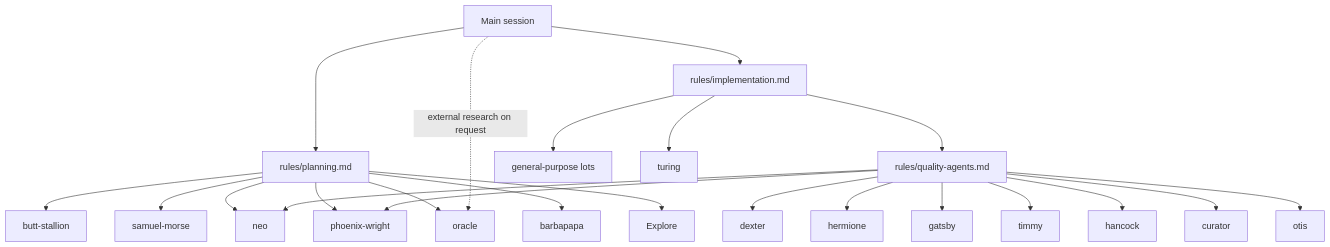
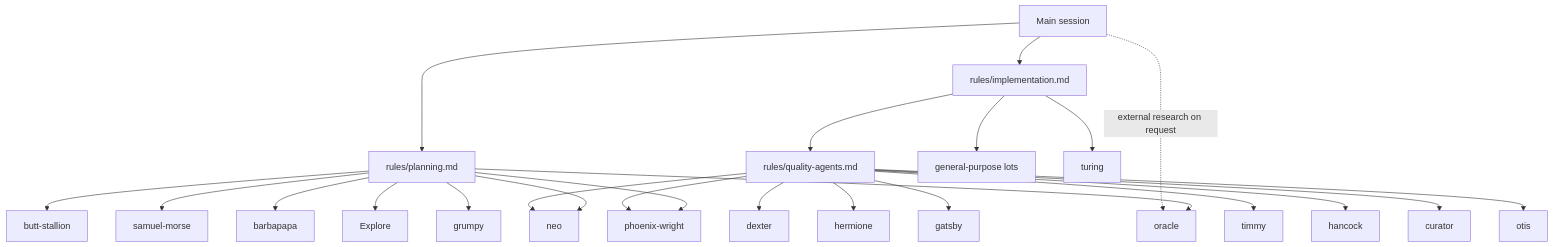
One commit to ThibaultAuge/myAgents changed the first of 2 diagrams in README.md. Above: the diagram before and after it, drawn with Mermaid. The commit also changed other lines of this file and 6 other files, not shown here.

````diff
--- a/README.md
+++ b/README.md
@@ -62,50 +62,52 @@
 ```mermaid
 flowchart TD
     Session[Main session]
     Planning[rules/planning.md]
     Implementation[rules/implementation.md]
     Quality[rules/quality-agents.md]
 
     Butt[butt-stallion]
     Samuel[samuel-morse]
     Oracle[oracle]
     Barbapapa[barbapapa]
     Explore[Explore]
+    Grumpy[grumpy]
     Lots[general-purpose lots]
     Neo[neo]
     Phoenix[phoenix-wright]
     Dexter[dexter]
     Hermione[hermione]
     Gatsby[gatsby]
     Timmy[timmy]
     Hancock[hancock]
     Curator[curator]
     Otis[otis]
     Turing[turing]
 
     Session --> Planning
     Session --> Implementation
     Implementation --> Quality
     Implementation --> Lots
 
     Planning --> Butt
     Planning --> Samuel
     Planning --> Neo
     Planning --> Phoenix
     Planning --> Oracle
     Planning --> Barbapapa
     Planning --> Explore
+    Planning --> Grumpy
 
     Quality --> Dexter
     Quality --> Hermione
     Quality --> Gatsby
     Quality --> Timmy
     Quality --> Neo
     Quality --> Phoenix
     Quality --> Hancock
     Quality --> Curator
     Quality --> Otis
 
     Implementation --> Turing
     Session -. external research on request .-> Oracle
 ```
````
